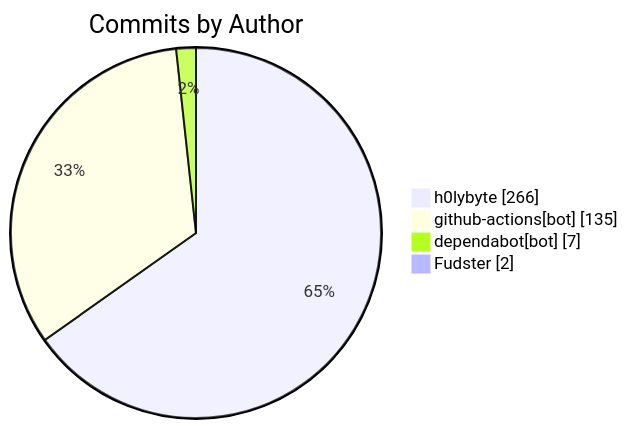
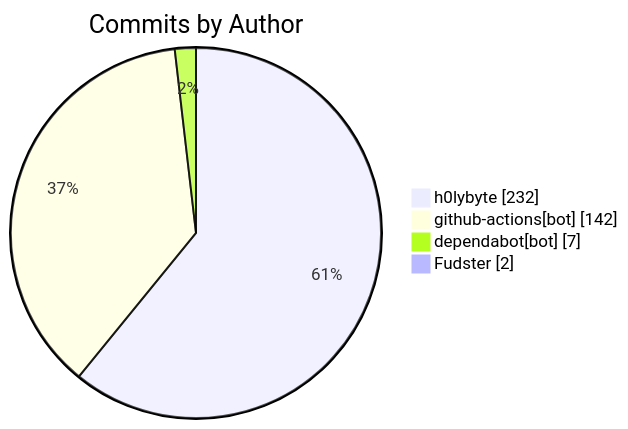
Before and after one commit to KBVE/kbve: the diagram in apps/kbve/astro-kbve/src/content/docs/dashboard/activity.mdx, drawn with Mermaid. The commit also changed other lines of this file and 1 other file, not shown here.

````diff
--- a/apps/kbve/astro-kbve/src/content/docs/dashboard/activity.mdx
+++ b/apps/kbve/astro-kbve/src/content/docs/dashboard/activity.mdx
@@ -136,8 +136,8 @@
 ```mermaid
 pie showData
     title Commits by Author
-    "h0lybyte" : 266
-    "github-actions[bot]" : 135
+    "h0lybyte" : 232
+    "github-actions[bot]" : 142
     "dependabot[bot]" : 7
     "Fudster" : 2
 ```
````
